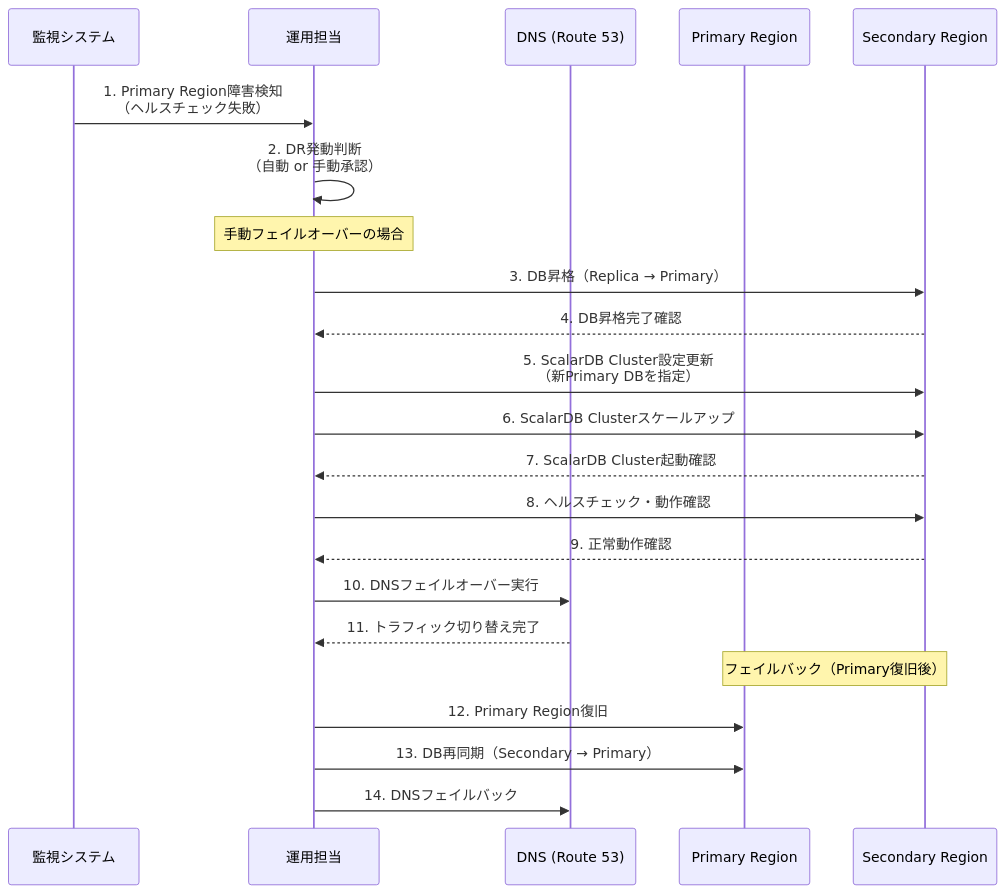
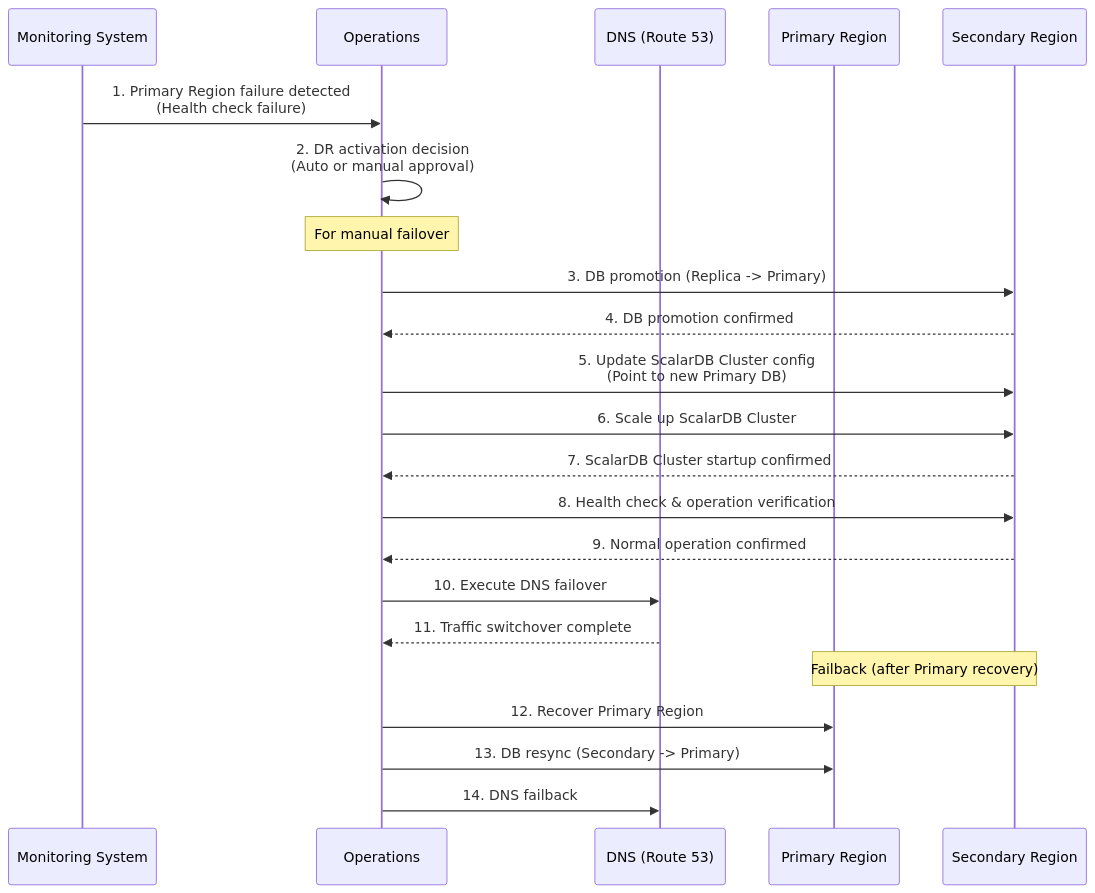
One commit to wfukatsu/nexus-architect changed the fourth of 4 diagrams in workflow/greenfield/10_disaster_recovery_design.md. Above: the diagram before and after it, drawn with Mermaid. The commit also changed other lines of this file and 6 other files, not shown here.

````diff
--- a/workflow/greenfield/10_disaster_recovery_design.md
+++ b/workflow/greenfield/10_disaster_recovery_design.md
@@ -363,28 +363,28 @@
 ```mermaid
 sequenceDiagram
-    participant MON as 監視システム
-    participant OPS as 運用担当
+    participant MON as Monitoring System
+    participant OPS as Operations
     participant DNS as DNS (Route 53)
     participant PRI as Primary Region
     participant SEC as Secondary Region
 
-    MON->>OPS: 1. Primary Region障害検知<br/>（ヘルスチェック失敗）
-    OPS->>OPS: 2. DR発動判断<br/>（自動 or 手動承認）
+    MON->>OPS: 1. Primary Region failure detected<br/>(Health check failure)
+    OPS->>OPS: 2. DR activation decision<br/>(Auto or manual approval)
 
-    Note over OPS: 手動フェイルオーバーの場合
+    Note over OPS: For manual failover
 
-    OPS->>SEC: 3. DB昇格（Replica → Primary）
-    SEC-->>OPS: 4. DB昇格完了確認
-    OPS->>SEC: 5. ScalarDB Cluster設定更新<br/>（新Primary DBを指定）
-    OPS->>SEC: 6. ScalarDB Clusterスケールアップ
-    SEC-->>OPS: 7. ScalarDB Cluster起動確認
-    OPS->>SEC: 8. ヘルスチェック・動作確認
-    SEC-->>OPS: 9. 正常動作確認
-    OPS->>DNS: 10. DNSフェイルオーバー実行
-    DNS-->>OPS: 11. トラフィック切り替え完了
+    OPS->>SEC: 3. DB promotion (Replica -> Primary)
+    SEC-->>OPS: 4. DB promotion confirmed
+    OPS->>SEC: 5. Update ScalarDB Cluster config<br/>(Point to new Primary DB)
+    OPS->>SEC: 6. Scale up ScalarDB Cluster
+    SEC-->>OPS: 7. ScalarDB Cluster startup confirmed
+    OPS->>SEC: 8. Health check & operation verification
+    SEC-->>OPS: 9. Normal operation confirmed
+    OPS->>DNS: 10. Execute DNS failover
+    DNS-->>OPS: 11. Traffic switchover complete
 
-    Note over PRI,SEC: フェイルバック（Primary復旧後）
-    OPS->>PRI: 12. Primary Region復旧
-    OPS->>PRI: 13. DB再同期（Secondary → Primary）
-    OPS->>DNS: 14. DNSフェイルバック
+    Note over PRI,SEC: Failback (after Primary recovery)
+    OPS->>PRI: 12. Recover Primary Region
+    OPS->>PRI: 13. DB resync (Secondary -> Primary)
+    OPS->>DNS: 14. DNS failback
 ```
````
